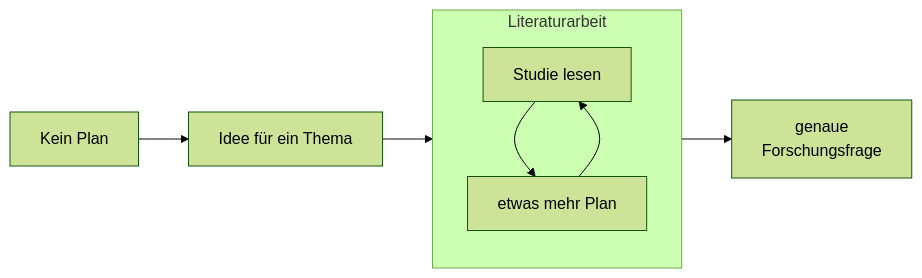
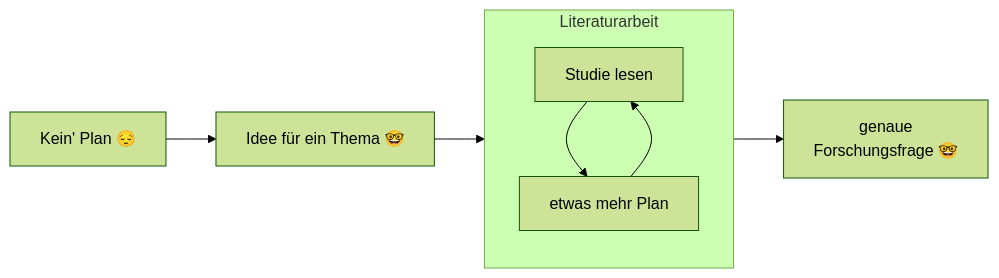
The first of 7 diagrams in 020-themawahl.qmd (sebastiansauer/fopra), drawn with Mermaid (forest theme) before and after one commit. The commit also changed other lines of this file and 32 other files, not shown here.

````diff
--- a/020-themawahl.qmd
+++ b/020-themawahl.qmd
@@ -83,13 +83,13 @@
 ```{mermaid}
 %%| echo: false
 %%| fig-cap: "Von *Keine Ahnung* bis zu *Ich hab meine Forschungsfrage*"
 %%| label: fig-themawahl
 flowchart LR
   subgraph D[Literaturarbeit]
     B[Studie lesen] --> C[etwas mehr Plan]
     C --> B
   end
-  A[Kein Plan] --> F[Idee für ein Thema]
+  A[Kein' Plan 😔] --> F[Idee für ein Thema 🤓]
   F --> D
-  D --> E[genaue<br>Forschungsfrage]
+  D --> E[genaue<br>Forschungsfrage 🤓]
 ```
````
